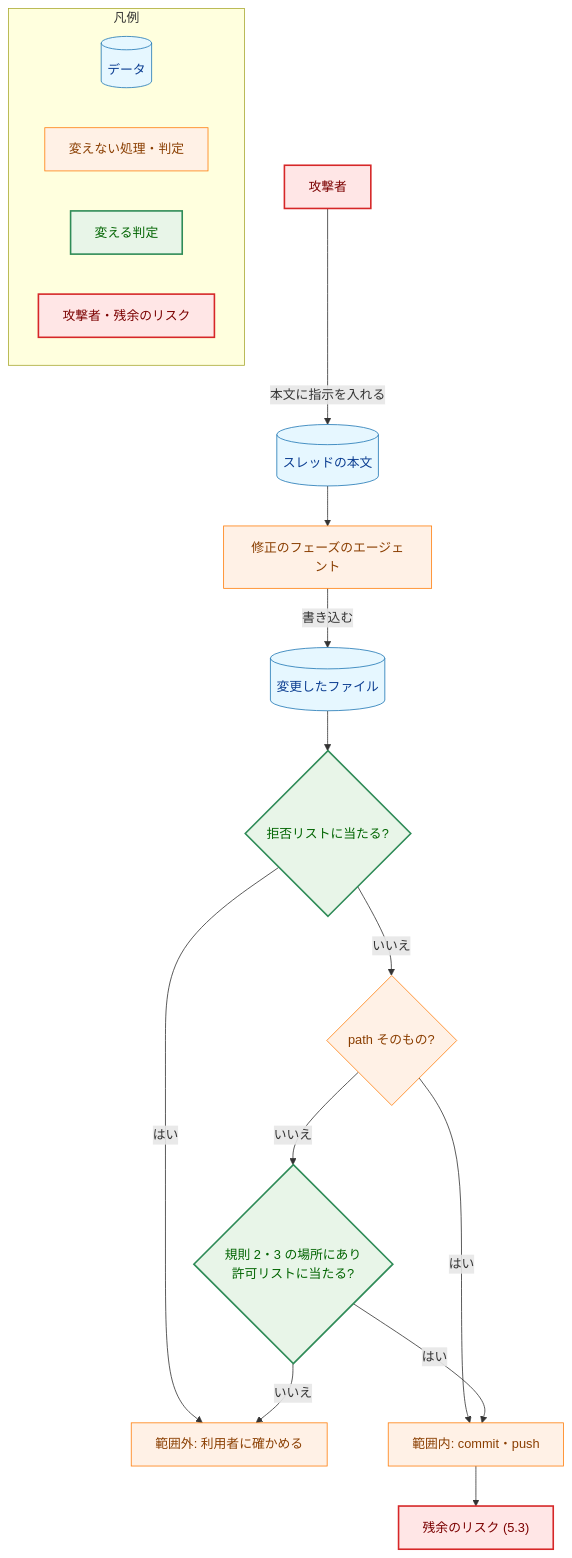
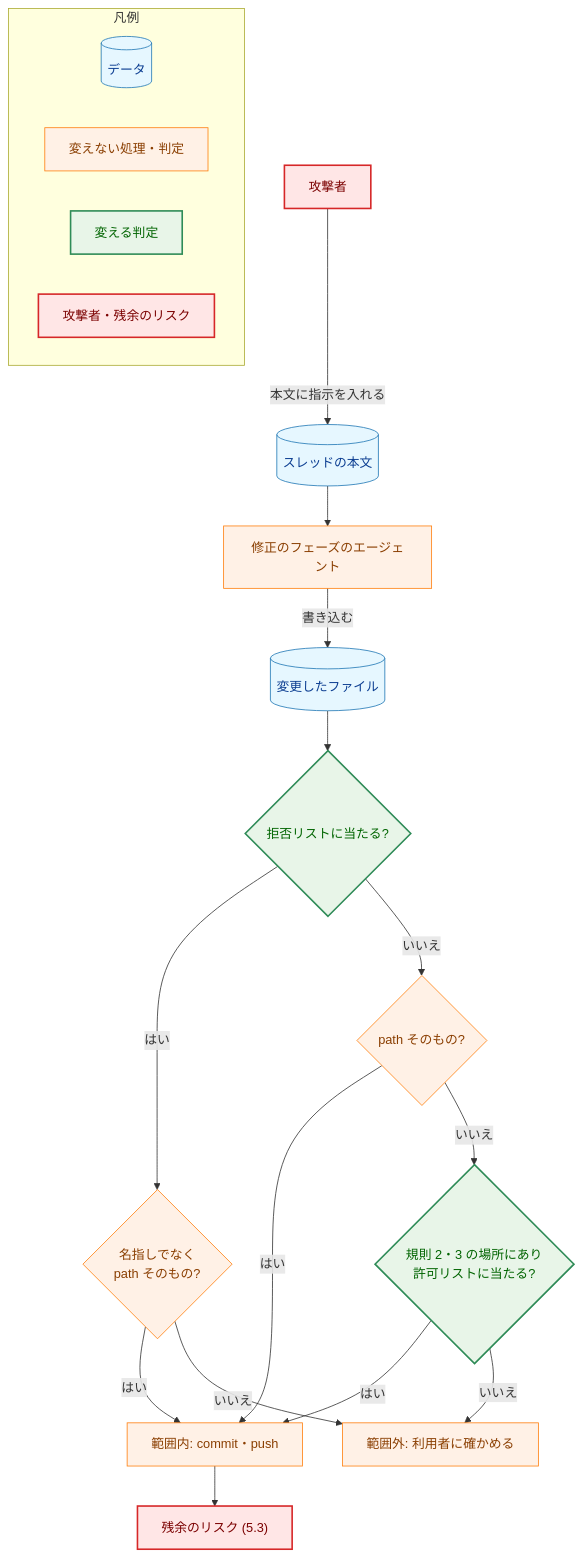
Before and after one commit to isseis/yt2column: the fourth of 5 diagrams in docs/tasks/0036_fixprguard_exec_file_scope/02_architecture.md, drawn with Mermaid. The commit also changed other lines of this file, not shown here.

First line of the commit message:
docs(0036): address the architecture review and Japanese prose findings

````diff
--- a/docs/tasks/0036_fixprguard_exec_file_scope/02_architecture.md
+++ b/docs/tasks/0036_fixprguard_exec_file_scope/02_architecture.md
@@ -457,38 +472,40 @@
 ```mermaid
 flowchart TD
     classDef data fill:#e6f7ff,stroke:#1f77b4,stroke-width:1px,color:#0b3d91;
     classDef process fill:#fff1e6,stroke:#ff7f0e,stroke-width:1px,color:#8a3e00;
     classDef enhanced fill:#e8f5e8,stroke:#2e8b57,stroke-width:2px,color:#006400;
     classDef problem fill:#ffe6e6,stroke:#d62728,stroke-width:2px,color:#7b0000;
 
     A["攻撃者"] -->|"本文に指示を入れる"| T[("スレッドの本文")]
     T --> FX["修正のフェーズのエージェント"]
     FX -->|"書き込む"| W[("変更したファイル")]
     W --> D{"拒否リストに当たる?"}
-    D -->|"はい"| ASK["範囲外: 利用者に確かめる"]
+    D -->|"はい"| D2{"名指しでなく<br>path そのもの?"}
+    D2 -->|"はい"| IN
+    D2 -->|"いいえ"| ASK["範囲外: 利用者に確かめる"]
     D -->|"いいえ"| L{"path そのもの?"}
     L -->|"はい"| IN["範囲内: commit・push"]
     L -->|"いいえ"| P{"規則 2・3 の場所にあり<br>許可リストに当たる?"}
     P -->|"はい"| IN
     P -->|"いいえ"| ASK
     IN --> R["残余のリスク (5.3)"]
 
     class A problem
     class T,W data
     class FX process
     class D,P enhanced
-    class L process
+    class L,D2 process
     class ASK,IN process
     class R problem
 
     subgraph Legend["凡例"]
         LG1[("データ")]
         LG2["変えない処理・判定"]
         LG3["変える判定"]
         LG4["攻撃者・残余のリスク"]
     end
     class LG1 data
     class LG2 process
     class LG3 enhanced
     class LG4 problem
 ```
````
